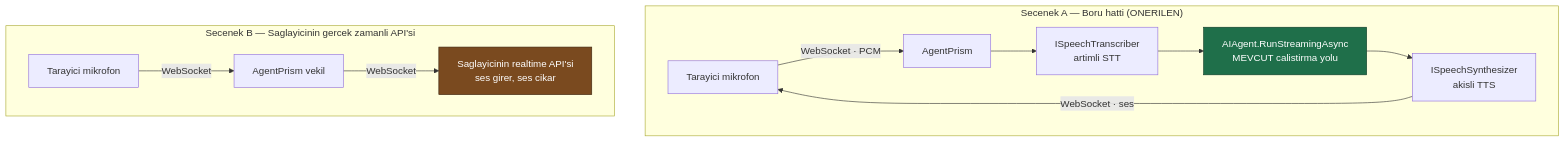
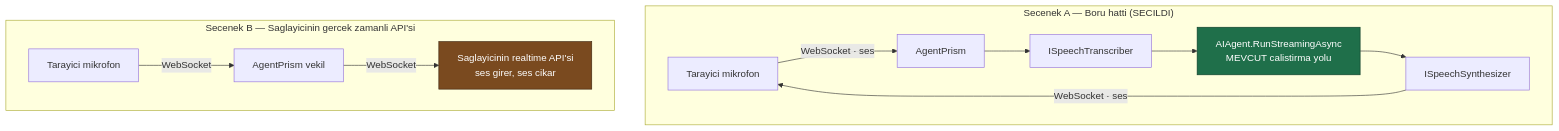
Before and after one commit to farukatasoy/Tracon: the second of 3 diagrams in docs/29-KONUSMA-KATMANI.md, drawn with Mermaid. The commit also changed other lines of this file and 77 other files, not shown here.

````diff
--- a/docs/29-KONUSMA-KATMANI.md
+++ b/docs/29-KONUSMA-KATMANI.md
@@ -40,18 +139,18 @@
 ```mermaid
 flowchart TD
-    subgraph A["Secenek A — Boru hatti (ONERILEN)"]
-        A1["Tarayici mikrofon"] -->|"WebSocket · PCM"| A2["AgentPrism"]
-        A2 --> A3["ISpeechTranscriber<br/>artimli STT"]
+    subgraph A["Secenek A — Boru hatti (SECILDI)"]
+        A1["Tarayici mikrofon"] -->|"WebSocket · ses"| A2["AgentPrism"]
+        A2 --> A3["ISpeechTranscriber"]
         A3 --> A4["AIAgent.RunStreamingAsync<br/>MEVCUT calistirma yolu"]
-        A4 --> A5["ISpeechSynthesizer<br/>akisli TTS"]
+        A4 --> A5["ISpeechSynthesizer"]
         A5 -->|"WebSocket · ses"| A1
     end
 
     subgraph B["Secenek B — Saglayicinin gercek zamanli API'si"]
         B1["Tarayici mikrofon"] -->|"WebSocket"| B2["AgentPrism vekil"]
         B2 -->|"WebSocket"| B3["Saglayicinin realtime API'si<br/>ses girer, ses cikar"]
     end
 
     style A4 fill:#1f6f4a,stroke:#0d3b27,color:#ffffff
     style B3 fill:#7a4a1f,stroke:#3d250f,color:#ffffff
 ```
````
